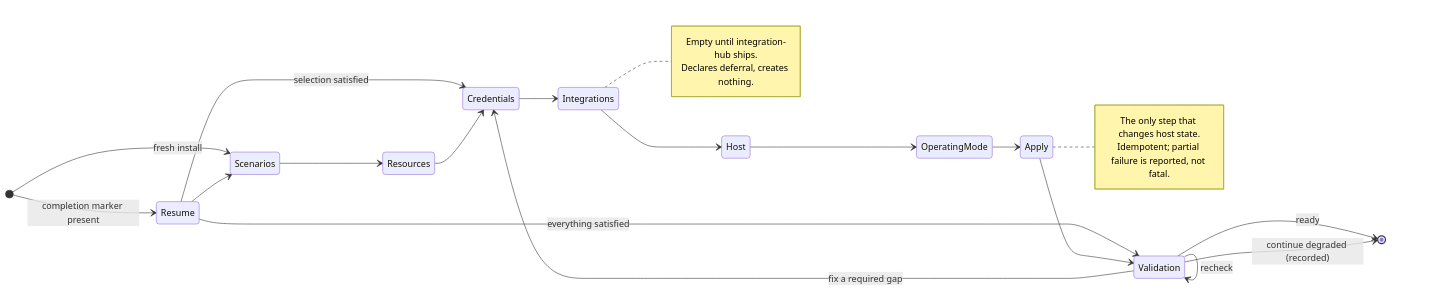
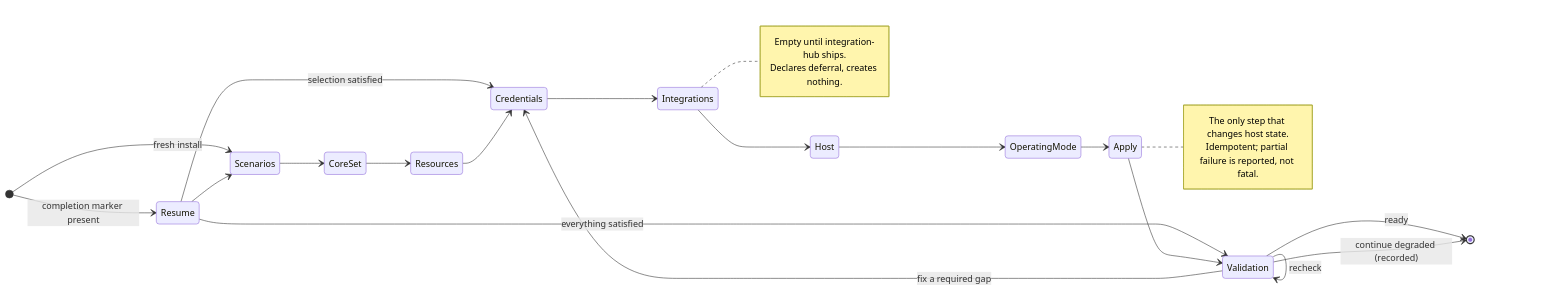
Before and after one commit to Vrooli/Vrooli: the first of 3 diagrams in scenarios/vrooli-onboarding/docs/WIZARD_FLOW.md, drawn with Mermaid. The commit also changed other lines of this file and 173 other files, not shown here.

````diff
--- a/scenarios/vrooli-onboarding/docs/WIZARD_FLOW.md
+++ b/scenarios/vrooli-onboarding/docs/WIZARD_FLOW.md
@@ -48,31 +48,32 @@
 ```mermaid
 stateDiagram-v2
   direction LR
   [*] --> Scenarios: fresh install
   [*] --> Resume: completion marker present
 
   Resume --> Scenarios
   Resume --> Credentials: selection satisfied
   Resume --> Validation: everything satisfied
 
-  Scenarios --> Resources
+  Scenarios --> CoreSet
+  CoreSet --> Resources
   Resources --> Credentials
   Credentials --> Integrations
   Integrations --> Host
   Host --> OperatingMode
   OperatingMode --> Apply
   Apply --> Validation
   Validation --> [*]: ready
   Validation --> Validation: recheck
   Validation --> [*]: continue degraded (recorded)
   Validation --> Credentials: fix a required gap
 
   note right of Integrations
     Empty until integration-hub ships.
     Declares deferral, creates nothing.
   end note
   note right of Apply
     The only step that changes host state.
     Idempotent; partial failure is reported, not fatal.
   end note
 ```
````
